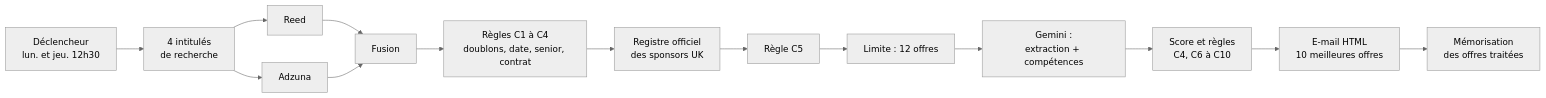
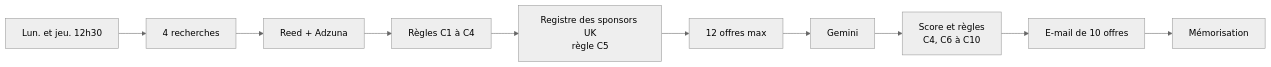
One commit to nataliamedranosow/Natalia_n8n_Rendu changed the diagram in README.md. Above: the diagram before and after it, drawn with Mermaid (neutral theme). The commit also changed other lines of this file and 13 other files, not shown here.

````diff
--- a/README.md
+++ b/README.md
@@ -42,16 +33,6 @@
 ```mermaid
 flowchart LR
-  A[Déclencheur<br/>lun. et jeu. 12h30] --> B[4 intitulés<br/>de recherche]
-  B --> C[Reed]
-  B --> D[Adzuna]
-  C --> E[Fusion]
-  D --> E
-  E --> F[Règles C1 à C4<br/>doublons, date, senior, contrat]
-  F --> G[Registre officiel<br/>des sponsors UK]
-  G --> H[Règle C5]
-  H --> I[Limite : 12 offres]
-  I --> J[Gemini :<br/>extraction + compétences]
-  J --> K[Score et règles<br/>C4, C6 à C10]
-  K --> L[E-mail HTML<br/>10 meilleures offres]
-  L --> M[Mémorisation<br/>des offres traitées]
+  A[Lun. et jeu. 12h30] --> B[4 recherches] --> C[Reed + Adzuna]
+  C --> D[Règles C1 à C4] --> E[Registre des sponsors UK<br/>règle C5] --> F[12 offres max] --> G[Gemini]
+  G --> H[Score et règles<br/>C4, C6 à C10] --> I[E-mail de 10 offres] --> J[Mémorisation]
 ```
````
